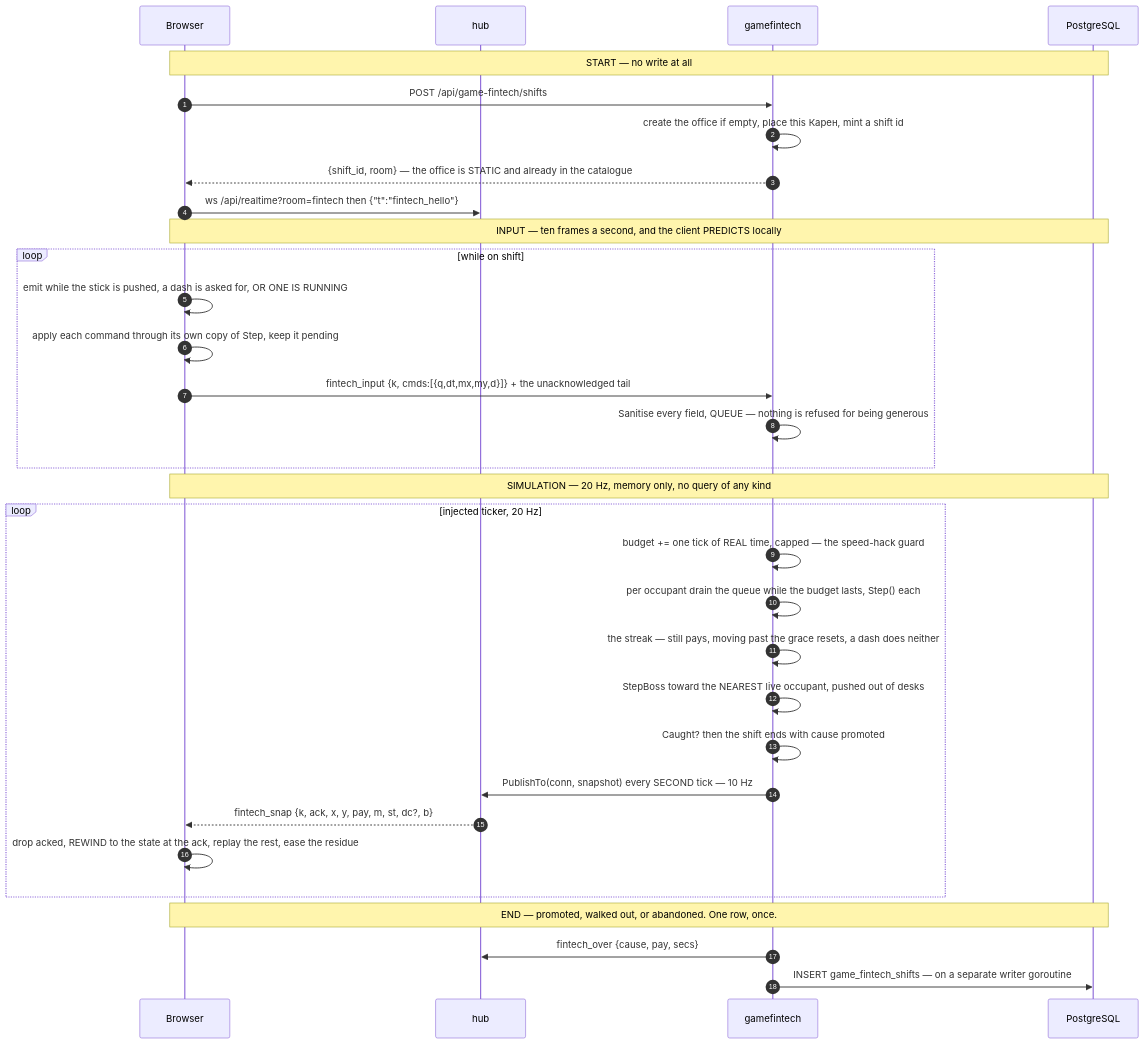
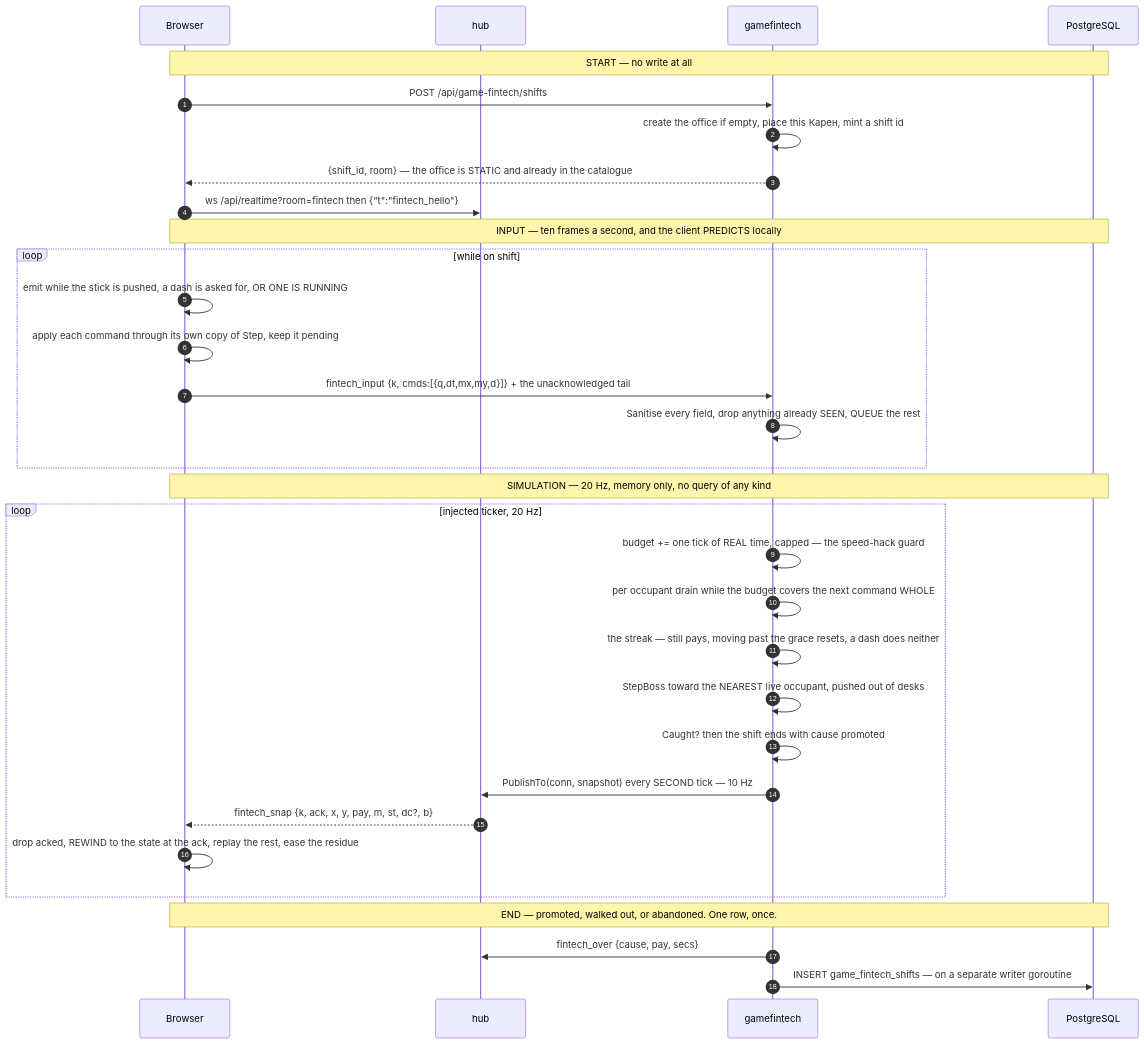
One commit to SergeyZSpb/psycho-space changed the ninth of 13 diagrams in docs/ARCHITECTURE.md. Above: the diagram before and after it, drawn with Mermaid. The commit also changed 3 other files, not shown here.

````diff
--- a/docs/ARCHITECTURE.md
+++ b/docs/ARCHITECTURE.md
@@ -375,38 +375,38 @@
 ```mermaid
 sequenceDiagram
     autonumber
     participant B as Browser
     participant H as hub
     participant G as gamefintech
     participant P as PostgreSQL
 
     Note over B,P: START — no write at all
     B->>G: POST /api/game-fintech/shifts
     G->>G: create the office if empty, place this Карен, mint a shift id
     G-->>B: {shift_id, room} — the office is STATIC and already in the catalogue
     B->>H: ws /api/realtime?room=fintech then {"t":"fintech_hello"}
 
     Note over B,P: INPUT — ten frames a second, and the client PREDICTS locally
     loop while on shift
         B->>B: emit while the stick is pushed, a dash is asked for, OR ONE IS RUNNING
         B->>B: apply each command through its own copy of Step, keep it pending
         B->>G: fintech_input {k, cmds:[{q,dt,mx,my,d}]} + the unacknowledged tail
-        G->>G: Sanitise every field, QUEUE — nothing is refused for being generous
+        G->>G: Sanitise every field, drop anything already SEEN, QUEUE the rest
     end
 
     Note over B,P: SIMULATION — 20 Hz, memory only, no query of any kind
     loop injected ticker, 20 Hz
         G->>G: budget += one tick of REAL time, capped — the speed-hack guard
-        G->>G: per occupant drain the queue while the budget lasts, Step() each
+        G->>G: per occupant drain while the budget covers the next command WHOLE
         G->>G: the streak — still pays, moving past the grace resets, a dash does neither
         G->>G: StepBoss toward the NEAREST live occupant, pushed out of desks
         G->>G: Caught? then the shift ends with cause promoted
         G->>H: PublishTo(conn, snapshot) every SECOND tick — 10 Hz
         H-->>B: fintech_snap {k, ack, x, y, pay, m, st, dc?, b}
         B->>B: drop acked, REWIND to the state at the ack, replay the rest, ease the residue
     end
 
     Note over B,P: END — promoted, walked out, or abandoned. One row, once.
     G->>H: fintech_over {cause, pay, secs}
     G->>P: INSERT game_fintech_shifts — on a separate writer goroutine
 ```
````
